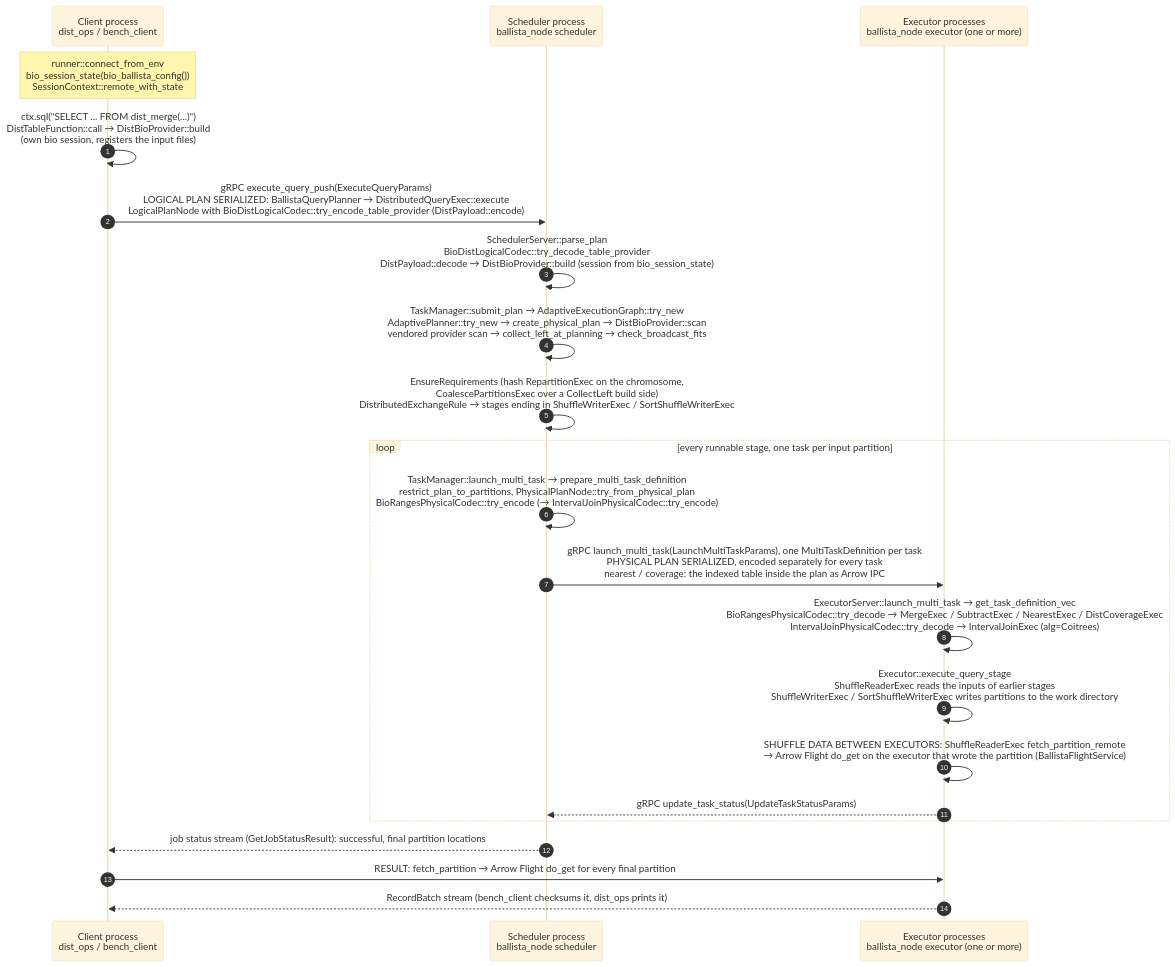
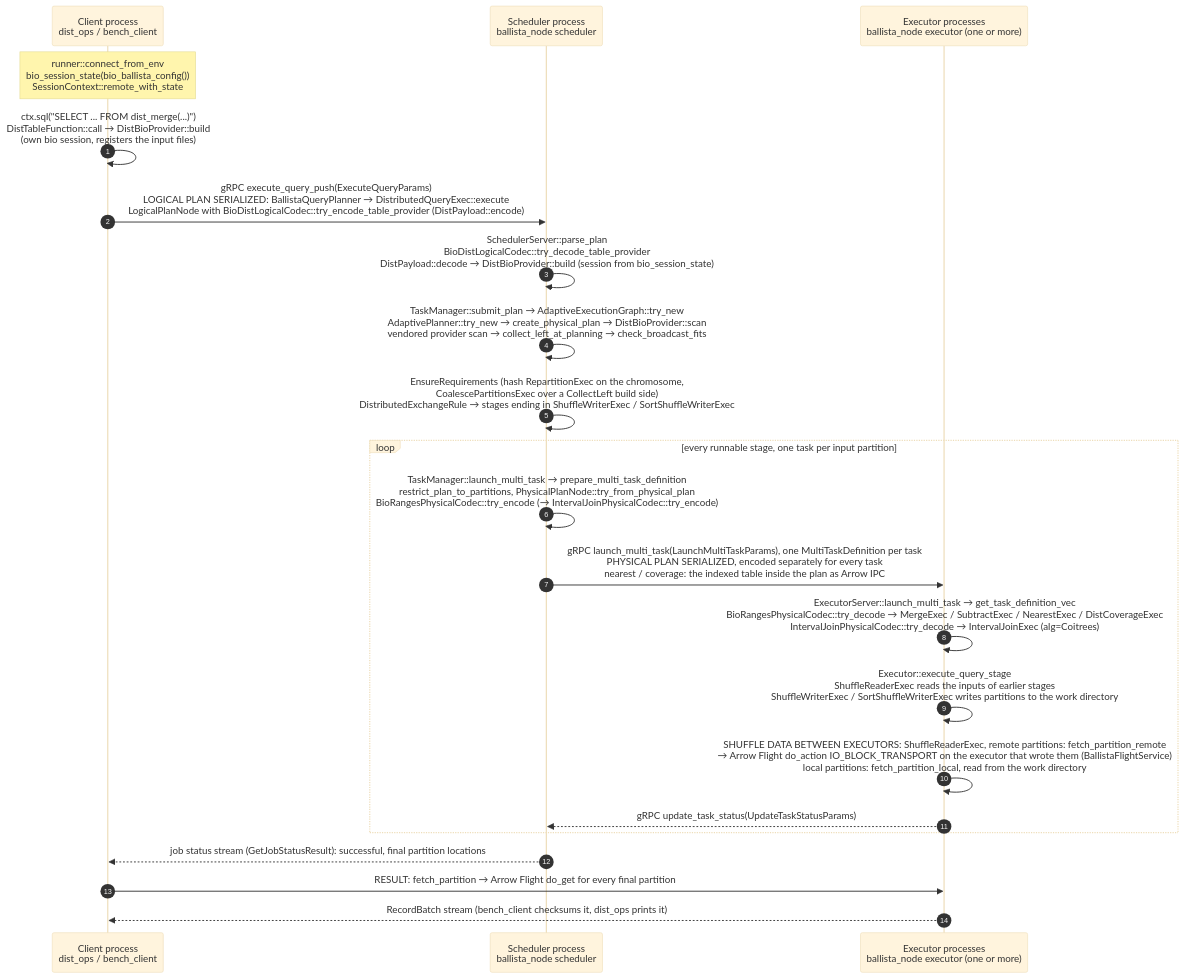
Before and after one commit to mkowalewski1282/distributed-polars-bio: the first of 2 diagrams in tools/split/overlay/ballista-genomics/README.md, drawn with Mermaid (base theme). The commit also changed other lines of this file and 5 other files, not shown here.

````diff
--- a/tools/split/overlay/ballista-genomics/README.md
+++ b/tools/split/overlay/ballista-genomics/README.md
@@ -68,25 +70,25 @@
 ```mermaid
 sequenceDiagram
     autonumber
     participant C as Client process<br/>dist_ops / bench_client
     participant S as Scheduler process<br/>ballista_node scheduler
     participant E as Executor processes<br/>ballista_node executor (one or more)
 
     Note over C: runner::connect_from_env<br/>bio_session_state(bio_ballista_config())<br/>SessionContext::remote_with_state
     C->>C: ctx.sql("SELECT ... FROM dist_merge(...)")<br/>DistTableFunction::call → DistBioProvider::build<br/>(own bio session, registers the input files)
     C->>S: gRPC execute_query_push(ExecuteQueryParams)<br/>LOGICAL PLAN SERIALIZED: BallistaQueryPlanner → DistributedQueryExec::execute<br/>LogicalPlanNode with BioDistLogicalCodec::try_encode_table_provider (DistPayload::encode)
     S->>S: SchedulerServer::parse_plan<br/>BioDistLogicalCodec::try_decode_table_provider<br/>DistPayload::decode → DistBioProvider::build (session from bio_session_state)
     S->>S: TaskManager::submit_plan → AdaptiveExecutionGraph::try_new<br/>AdaptivePlanner::try_new → create_physical_plan → DistBioProvider::scan<br/>vendored provider scan → collect_left_at_planning → check_broadcast_fits
     S->>S: EnsureRequirements (hash RepartitionExec on the chromosome,<br/>CoalescePartitionsExec over a CollectLeft build side)<br/>DistributedExchangeRule → stages ending in ShuffleWriterExec / SortShuffleWriterExec
     loop every runnable stage, one task per input partition
         S->>S: TaskManager::launch_multi_task → prepare_multi_task_definition<br/>restrict_plan_to_partitions, PhysicalPlanNode::try_from_physical_plan<br/>BioRangesPhysicalCodec::try_encode (→ IntervalJoinPhysicalCodec::try_encode)
         S->>E: gRPC launch_multi_task(LaunchMultiTaskParams), one MultiTaskDefinition per task<br/>PHYSICAL PLAN SERIALIZED, encoded separately for every task<br/>nearest / coverage: the indexed table inside the plan as Arrow IPC
         E->>E: ExecutorServer::launch_multi_task → get_task_definition_vec<br/>BioRangesPhysicalCodec::try_decode → MergeExec / SubtractExec / NearestExec / DistCoverageExec<br/>IntervalJoinPhysicalCodec::try_decode → IntervalJoinExec (alg=Coitrees)
         E->>E: Executor::execute_query_stage<br/>ShuffleReaderExec reads the inputs of earlier stages<br/>ShuffleWriterExec / SortShuffleWriterExec writes partitions to the work directory
-        E->>E: SHUFFLE DATA BETWEEN EXECUTORS: ShuffleReaderExec fetch_partition_remote<br/>→ Arrow Flight do_get on the executor that wrote the partition (BallistaFlightService)
+        E->>E: SHUFFLE DATA BETWEEN EXECUTORS: ShuffleReaderExec, remote partitions: fetch_partition_remote<br/>→ Arrow Flight do_action IO_BLOCK_TRANSPORT on the executor that wrote them (BallistaFlightService)<br/>local partitions: fetch_partition_local, read from the work directory
         E-->>S: gRPC update_task_status(UpdateTaskStatusParams)
     end
     S-->>C: job status stream (GetJobStatusResult): successful, final partition locations
     C->>E: RESULT: fetch_partition → Arrow Flight do_get for every final partition
     E-->>C: RecordBatch stream (bench_client checksums it, dist_ops prints it)
 ```
````
